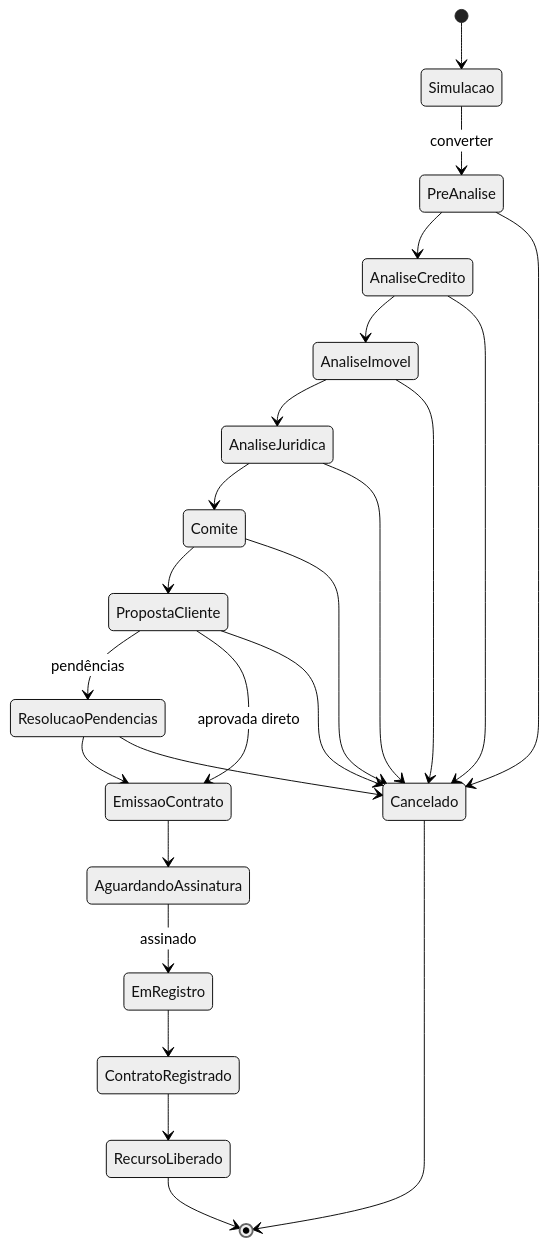
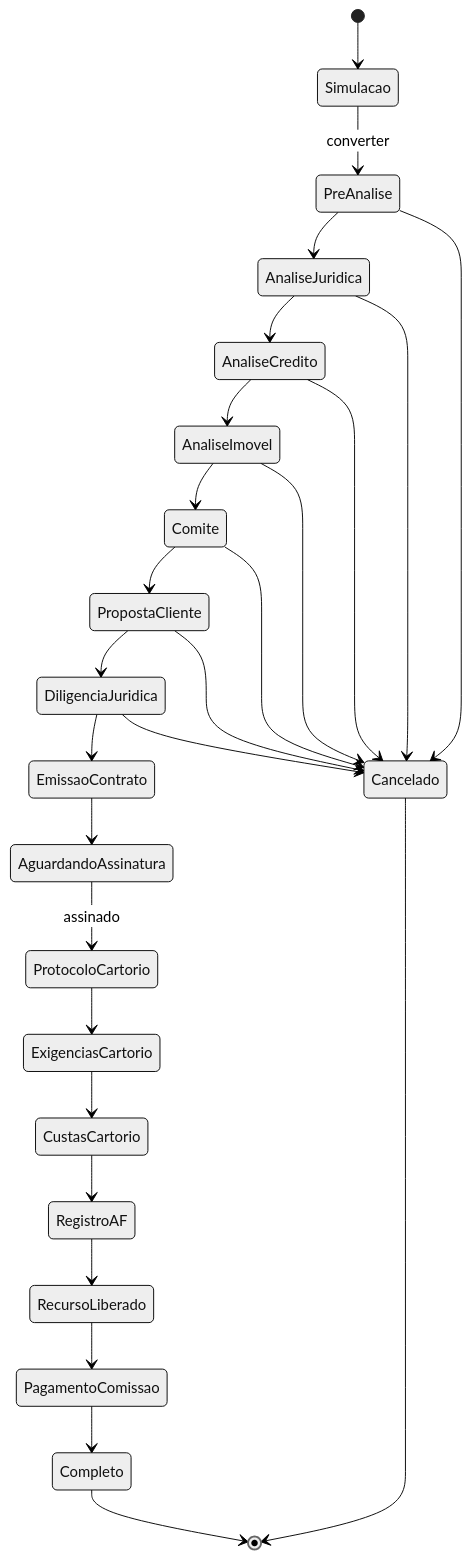
The third of 9 diagrams in docs/design/05-visual-map.md (bonacciniWd/mercurio-capital), drawn with Mermaid (neutral theme) before and after one commit. The commit also changed other lines of this file and 39 other files, not shown here.

````diff
--- a/docs/design/05-visual-map.md
+++ b/docs/design/05-visual-map.md
@@ -106,26 +108,29 @@
 ```mermaid
 stateDiagram-v2
   [*] --> Simulacao
   Simulacao --> PreAnalise: converter
-  PreAnalise --> AnaliseCredito
+  PreAnalise --> AnaliseJuridica
+  AnaliseJuridica --> AnaliseCredito
   AnaliseCredito --> AnaliseImovel
-  AnaliseImovel --> AnaliseJuridica
-  AnaliseJuridica --> Comite
+  AnaliseImovel --> Comite
   Comite --> PropostaCliente
-  PropostaCliente --> ResolucaoPendencias: pendências
-  ResolucaoPendencias --> EmissaoContrato
-  PropostaCliente --> EmissaoContrato: aprovada direto
+  PropostaCliente --> DiligenciaJuridica
+  DiligenciaJuridica --> EmissaoContrato
   EmissaoContrato --> AguardandoAssinatura
-  AguardandoAssinatura --> EmRegistro: assinado
-  EmRegistro --> ContratoRegistrado
-  ContratoRegistrado --> RecursoLiberado
-  RecursoLiberado --> [*]
+  AguardandoAssinatura --> ProtocoloCartorio: assinado
+  ProtocoloCartorio --> ExigenciasCartorio
+  ExigenciasCartorio --> CustasCartorio
+  CustasCartorio --> RegistroAF
+  RegistroAF --> RecursoLiberado
+  RecursoLiberado --> PagamentoComissao
+  PagamentoComissao --> Completo
+  Completo --> [*]
   PreAnalise --> Cancelado
   AnaliseCredito --> Cancelado
   AnaliseImovel --> Cancelado
   AnaliseJuridica --> Cancelado
   Comite --> Cancelado
   PropostaCliente --> Cancelado
-  ResolucaoPendencias --> Cancelado
+  DiligenciaJuridica --> Cancelado
   Cancelado --> [*]
 ```
````
